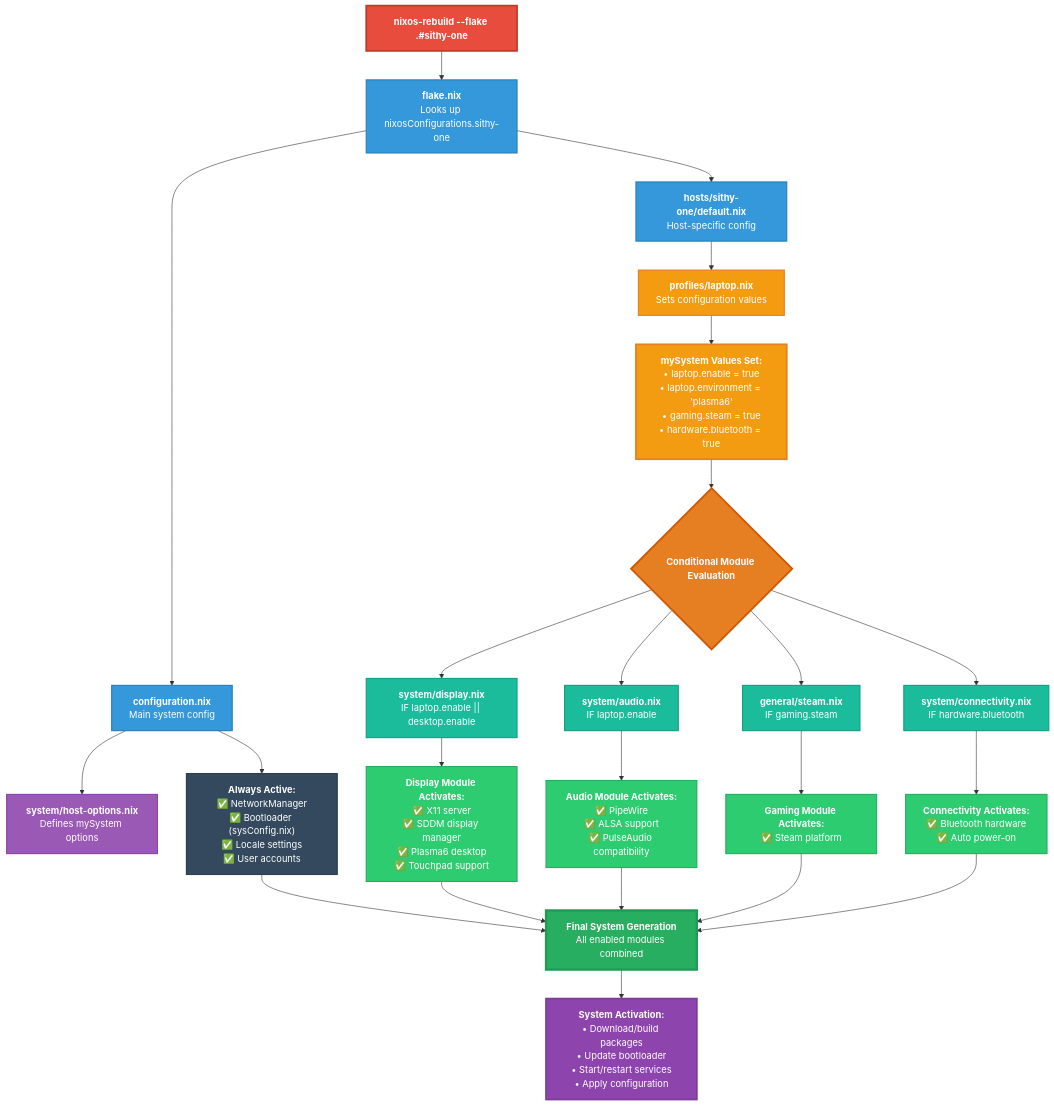
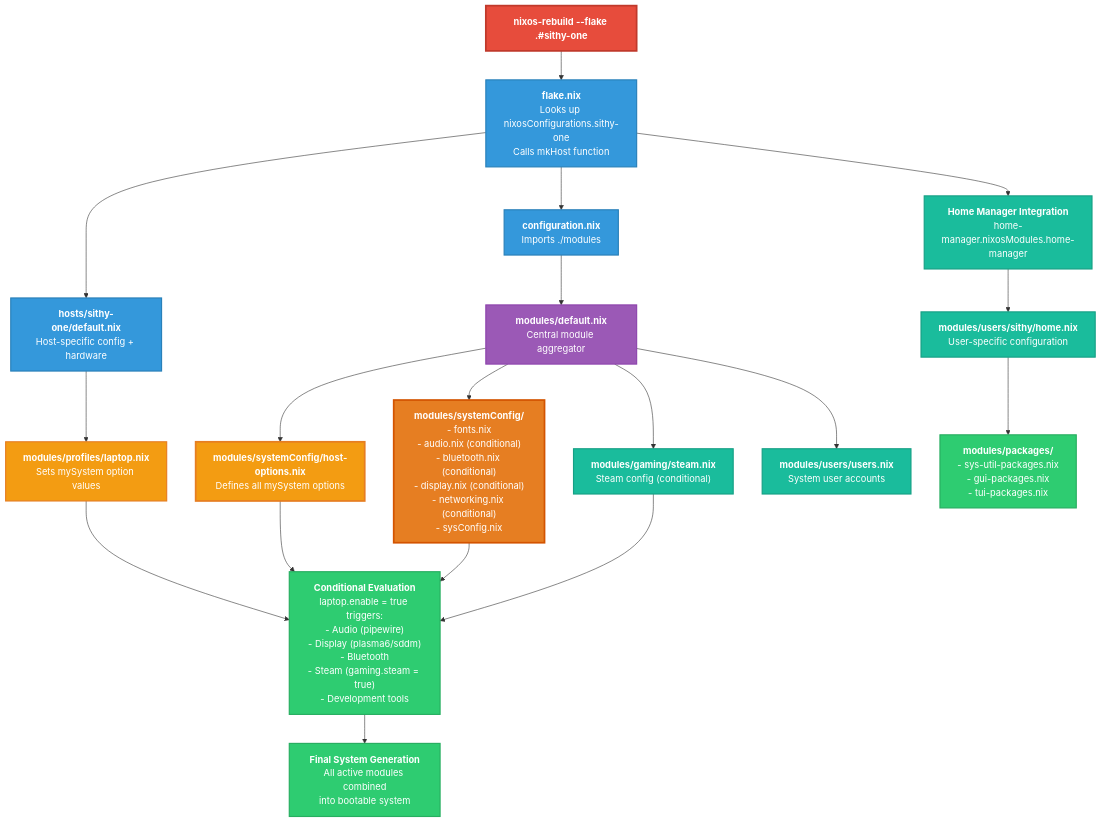
The diagram in rebuild-flow.md (sithypenguin/nix-config), drawn with Mermaid before and after one commit.

Commit message:
Update rebuild-flow

````diff
--- a/rebuild-flow.md
+++ b/rebuild-flow.md
@@ -1,76 +1,64 @@
 ```mermaid
 flowchart TD
     A["`**nixos-rebuild --flake .#sithy-one**`"] --> B["`**flake.nix**
-    Looks up nixosConfigurations.sithy-one`"]
+    Looks up nixosConfigurations.sithy-one
+    Calls mkHost function`"]
     
     B --> C["`**configuration.nix**
-    Main system config`"]
+    Imports ./modules`"]
     
     B --> D["`**hosts/sithy-one/default.nix**
-    Host-specific config`"]
+    Host-specific config + hardware`"]
     
-    C --> E["`**system/host-options.nix**
-    Defines mySystem options`"]
+    C --> E["`**modules/default.nix**
+    Central module aggregator`"]
     
-    D --> F["`**profiles/laptop.nix**
-    Sets configuration values`"]
+    D --> F["`**modules/profiles/laptop.nix**
+    Sets mySystem option values`"]
     
-    F --> G["`**mySystem Values Set:**
-    • laptop.enable = true
-    • laptop.environment = 'plasma6'
-    • gaming.steam = true
-    • hardware.bluetooth = true`"]
+    E --> G["`**modules/systemConfig/host-options.nix**
+    Defines all mySystem options`"]
     
-    G --> H{"`**Conditional Module Evaluation**`"}
+    E --> H["`**modules/systemConfig/**
+    - fonts.nix
+    - audio.nix (conditional)
+    - bluetooth.nix (conditional)
+    - display.nix (conditional)
+    - networking.nix (conditional)
+    - sysConfig.nix`"]
     
-    H --> I["`**system/display.nix**
-    IF laptop.enable || desktop.enable`"]
+    E --> I["`**modules/gaming/steam.nix**
+    Steam config (conditional)`"]
     
-    H --> J["`**system/audio.nix**
-    IF laptop.enable`"]
+    E --> J["`**modules/users/users.nix**
+    System user accounts`"]
     
-    H --> K["`**general/steam.nix**
-    IF gaming.steam`"]
+    B --> K["`**Home Manager Integration**
+    home-manager.nixosModules.home-manager`"]
     
-    H --> L["`**system/connectivity.nix**
-    IF hardware.bluetooth`"]
+    K --> L["`**modules/users/sithy/home.nix**
+    User-specific configuration`"]
     
-    I --> M["`**Display Module Activates:**
-    ✅ X11 server
-    ✅ SDDM display manager
-    ✅ Plasma6 desktop
-    ✅ Touchpad support`"]
+    L --> M["`**modules/packages/**
+    - sys-util-packages.nix
+    - gui-packages.nix
+    - tui-packages.nix`"]
     
-    J --> N["`**Audio Module Activates:**
-    ✅ PipeWire
-    ✅ ALSA support
-    ✅ PulseAudio compatibility`"]
+    F --> N["`**Conditional Evaluation**
+    laptop.enable = true triggers:
+    - Audio (pipewire)
+    - Display (plasma6/sddm)
+    - Bluetooth
+    - Steam (gaming.steam = true)
+    - Development tools`"]
     
-    K --> O["`**Gaming Module Activates:**
-    ✅ Steam platform`"]
+    G --> N
+    H --> N
+    I --> N
     
-    L --> P["`**Connectivity Activates:**
-    ✅ Bluetooth hardware
-    ✅ Auto power-on`"]
-    
-    C --> Q["`**Always Active:**
-    ✅ NetworkManager
-    ✅ Bootloader (sysConfig.nix)
-    ✅ Locale settings
-    ✅ User accounts`"]
-    
-    M --> R["`**Final System Generation**
-    All enabled modules combined`"]
-    N --> R
-    O --> R
-    P --> R
-    Q --> R
-    
-    R --> S["`**System Activation:**
-    • Download/build packages
-    • Update bootloader
-    • Start/restart services
-    • Apply configuration`"]
+    N --> O["`**Final System Generation**
+    All active modules combined
+    into bootable system`"]
     
     %% Color styling for better visibility
     style A fill:#e74c3c,stroke:#c0392b,stroke-width:3px,color:#fff
@@ -88,8 +76,5 @@
     style M fill:#2ecc71,stroke:#27ae60,stroke-width:2px,color:#fff
     style N fill:#2ecc71,stroke:#27ae60,stroke-width:2px,color:#fff
     style O fill:#2ecc71,stroke:#27ae60,stroke-width:2px,color:#fff
-    style P fill:#2ecc71,stroke:#27ae60,stroke-width:2px,color:#fff
-    style Q fill:#34495e,stroke:#2c3e50,stroke-width:2px,color:#fff
-    style R fill:#27ae60,stroke:#229954,stroke-width:4px,color:#fff
-    style S fill:#8e44ad,stroke:#7d3c98,stroke-width:3px,color:#fff
+
 ```
````
